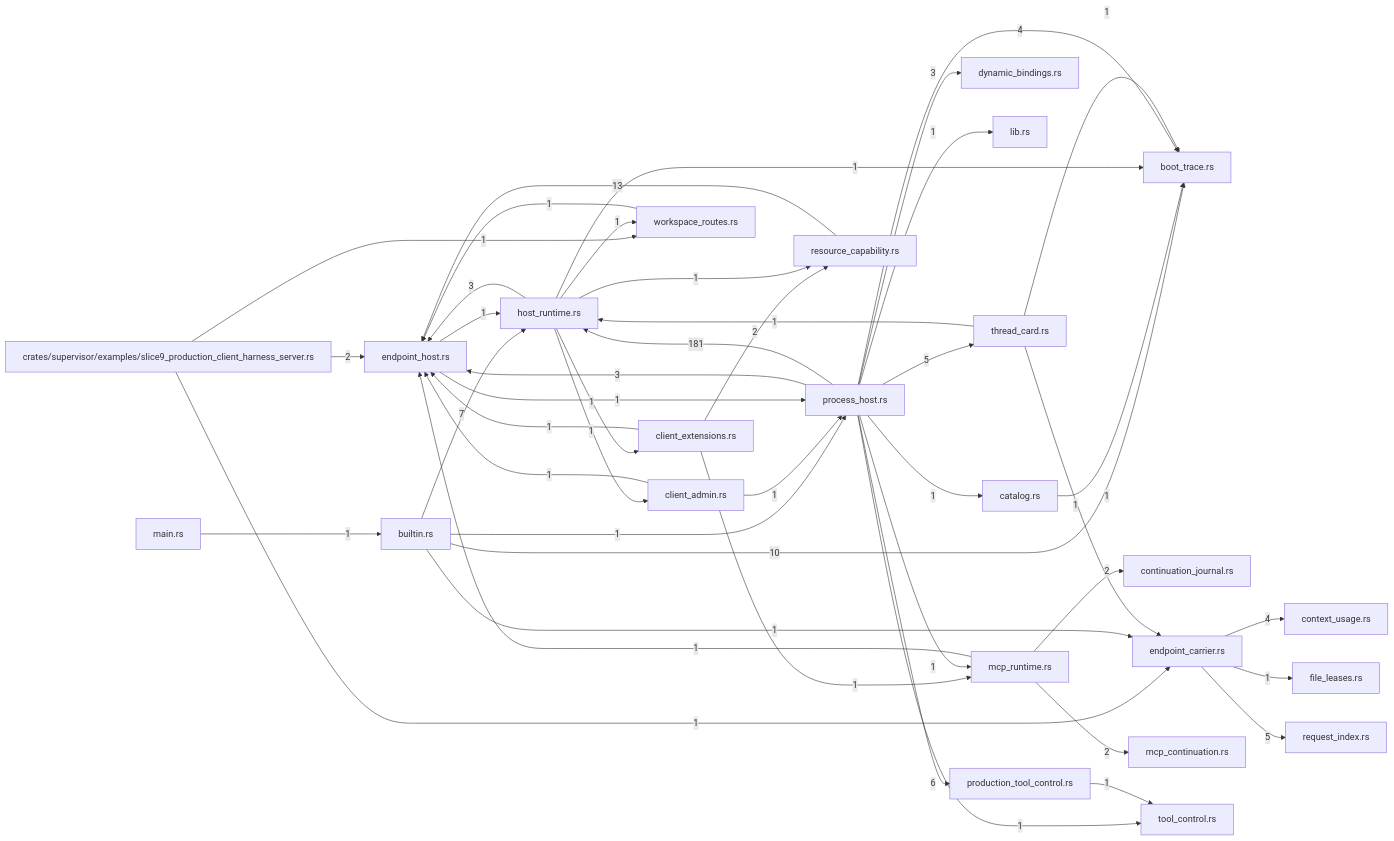
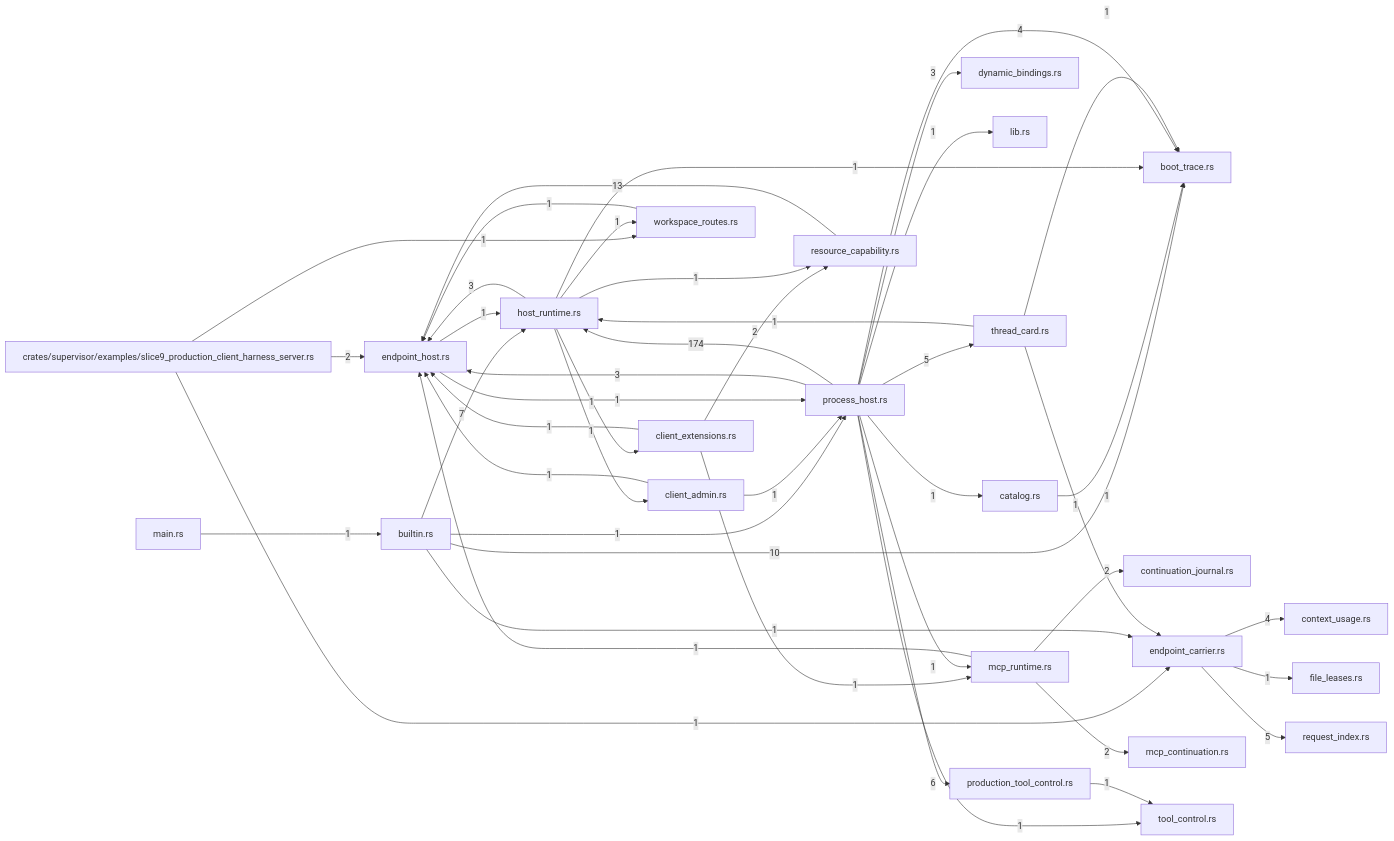
Before and after one commit to TekesApps/TekesKernel: the diagram in crates/supervisor/docs/generated/index.md, drawn with Mermaid. The commit also changed other lines of this file and 54 other files, not shown here.

First line of the commit message:
Refuse an MCP tool alone, not its whole server (per-tool schema projection) (#51)

````diff
--- a/crates/supervisor/docs/generated/index.md
+++ b/crates/supervisor/docs/generated/index.md
@@ -100,71 +100,71 @@
 ```mermaid
 flowchart LR
   m0["crates/supervisor/examples/slice9_production_client_harness_server.rs"]
   m1["boot_trace.rs"]
   m2["builtin.rs"]
   m3["catalog.rs"]
   m4["client_admin.rs"]
   m5["client_extensions.rs"]
   m6["context_usage.rs"]
   m7["continuation_journal.rs"]
   m8["dynamic_bindings.rs"]
   m9["endpoint_carrier.rs"]
   m10["endpoint_host.rs"]
   m11["file_leases.rs"]
   m12["host_runtime.rs"]
   m13["lib.rs"]
   m14["main.rs"]
   m15["mcp_continuation.rs"]
   m16["mcp_runtime.rs"]
   m17["process_host.rs"]
   m18["production_tool_control.rs"]
   m19["request_index.rs"]
   m20["resource_capability.rs"]
   m21["thread_card.rs"]
   m22["tool_control.rs"]
   m23["workspace_routes.rs"]
   m0 -->|"1"| m9
   m0 -->|"2"| m10
   m0 -->|"1"| m23
   m2 -->|"10"| m1
   m2 -->|"1"| m9
   m2 -->|"7"| m12
   m2 -->|"1"| m17
   m3 -->|"1"| m1
   m4 -->|"1"| m10
   m4 -->|"1"| m17
   m5 -->|"1"| m10
   m5 -->|"1"| m16
   m5 -->|"2"| m20
   m9 -->|"4"| m6
   m9 -->|"1"| m11
   m9 -->|"5"| m19
   m10 -->|"1"| m12
   m10 -->|"1"| m17
   m12 -->|"1"| m1
   m12 -->|"1"| m4
   m12 -->|"1"| m5
   m12 -->|"3"| m10
   m12 -->|"1"| m20
   m12 -->|"1"| m23
   m14 -->|"1"| m2
   m16 -->|"2"| m7
   m16 -->|"1"| m10
   m16 -->|"2"| m15
   m17 -->|"4"| m1
   m17 -->|"1"| m3
   m17 -->|"3"| m8
   m17 -->|"3"| m10
-  m17 -->|"181"| m12
+  m17 -->|"174"| m12
   m17 -->|"1"| m13
   m17 -->|"1"| m16
   m17 -->|"6"| m18
   m17 -->|"5"| m21
   m17 -->|"1"| m22
   m18 -->|"1"| m22
   m20 -->|"13"| m10
   m21 -->|"1"| m1
   m21 -->|"1"| m9
   m21 -->|"1"| m12
   m23 -->|"1"| m10
 ```
````
